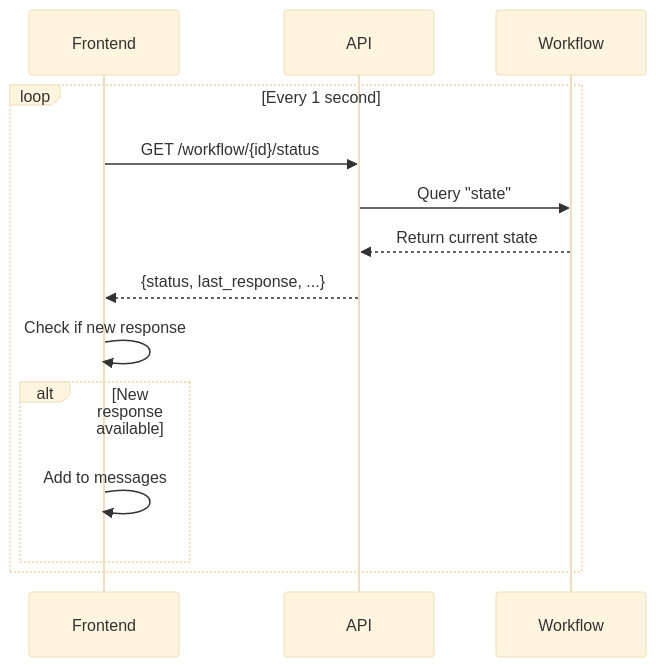
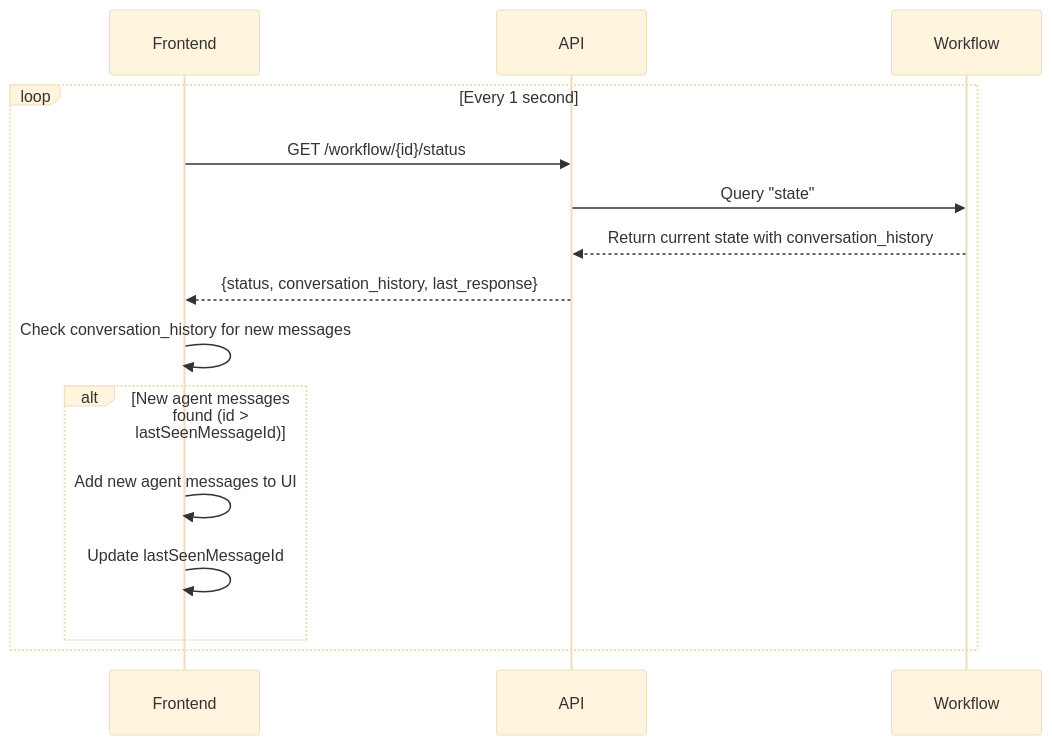
One commit to retroryan/durable-ai-agent changed the second of 4 diagrams in docs/CLIENT_ARCHITECTURE.md. Above: the diagram before and after it, drawn with Mermaid (base theme). The commit also changed other lines of this file, not shown here.

````diff
--- a/docs/CLIENT_ARCHITECTURE.md
+++ b/docs/CLIENT_ARCHITECTURE.md
@@ -75,17 +75,18 @@
 ```mermaid
 sequenceDiagram
     participant Frontend
     participant API
     participant Workflow
 
     loop Every 1 second
         Frontend->>API: GET /workflow/{id}/status
         API->>Workflow: Query "state"
-        Workflow-->>API: Return current state
-        API-->>Frontend: {status, last_response, ...}
-        Frontend->>Frontend: Check if new response
-        alt New response available
-            Frontend->>Frontend: Add to messages
+        Workflow-->>API: Return current state with conversation_history
+        API-->>Frontend: {status, conversation_history, last_response}
+        Frontend->>Frontend: Check conversation_history for new messages
+        alt New agent messages found (id > lastSeenMessageId)
+            Frontend->>Frontend: Add new agent messages to UI
+            Frontend->>Frontend: Update lastSeenMessageId
         end
     end
 ```
````
